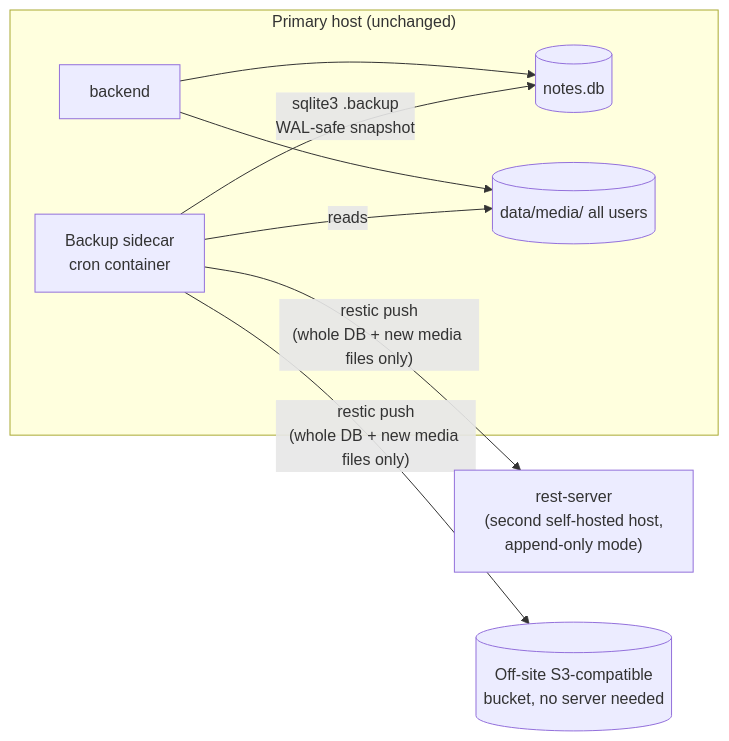
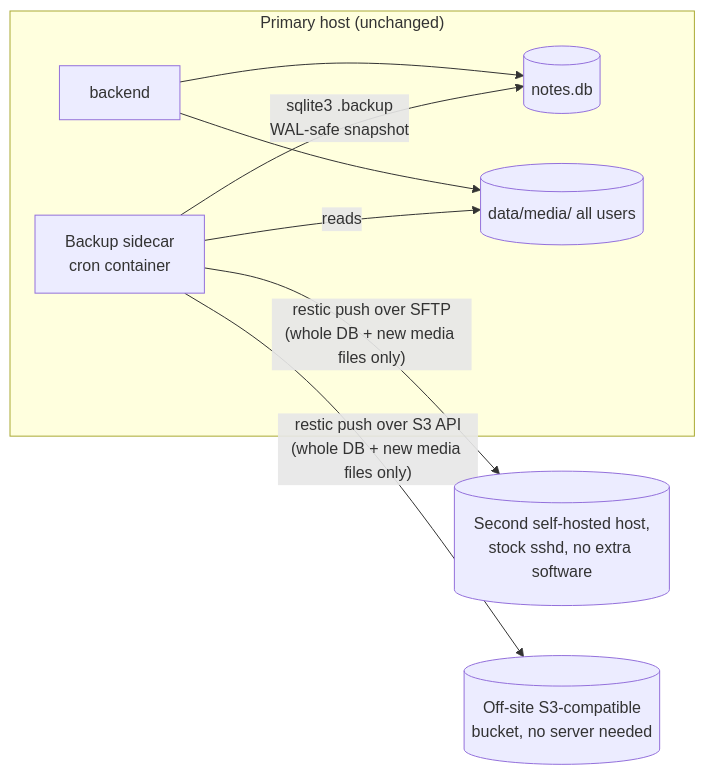
The second of 2 diagrams in docs/backup-strategy.md (davior/gecko-notes), drawn with Mermaid before and after one commit. The commit also changed other lines of this file, not shown here.

````diff
--- a/docs/backup-strategy.md
+++ b/docs/backup-strategy.md
@@ -88,15 +92,15 @@
 ```mermaid
 flowchart LR
     subgraph Primary["Primary host (unchanged)"]
         BE[backend]
         DB[(notes.db)]
         MEDIA[(data/media/ all users)]
         CRON[Backup sidecar<br/>cron container]
         BE --> DB
         BE --> MEDIA
         CRON -->|"sqlite3 .backup"<br/>WAL-safe snapshot| DB
         CRON -->|reads| MEDIA
     end
-    CRON -->|"restic push<br/>(whole DB + new media files only)"| RS["rest-server<br/>(second self-hosted host,<br/>append-only mode)"]
-    CRON -->|"restic push<br/>(whole DB + new media files only)"| R2[(Off-site S3-compatible<br/>bucket, no server needed)]
+    CRON -->|"restic push over SFTP<br/>(whole DB + new media files only)"| RS[(Second self-hosted host,<br/>stock sshd, no extra software)]
+    CRON -->|"restic push over S3 API<br/>(whole DB + new media files only)"| R2[(Off-site S3-compatible<br/>bucket, no server needed)]
 ```
````
